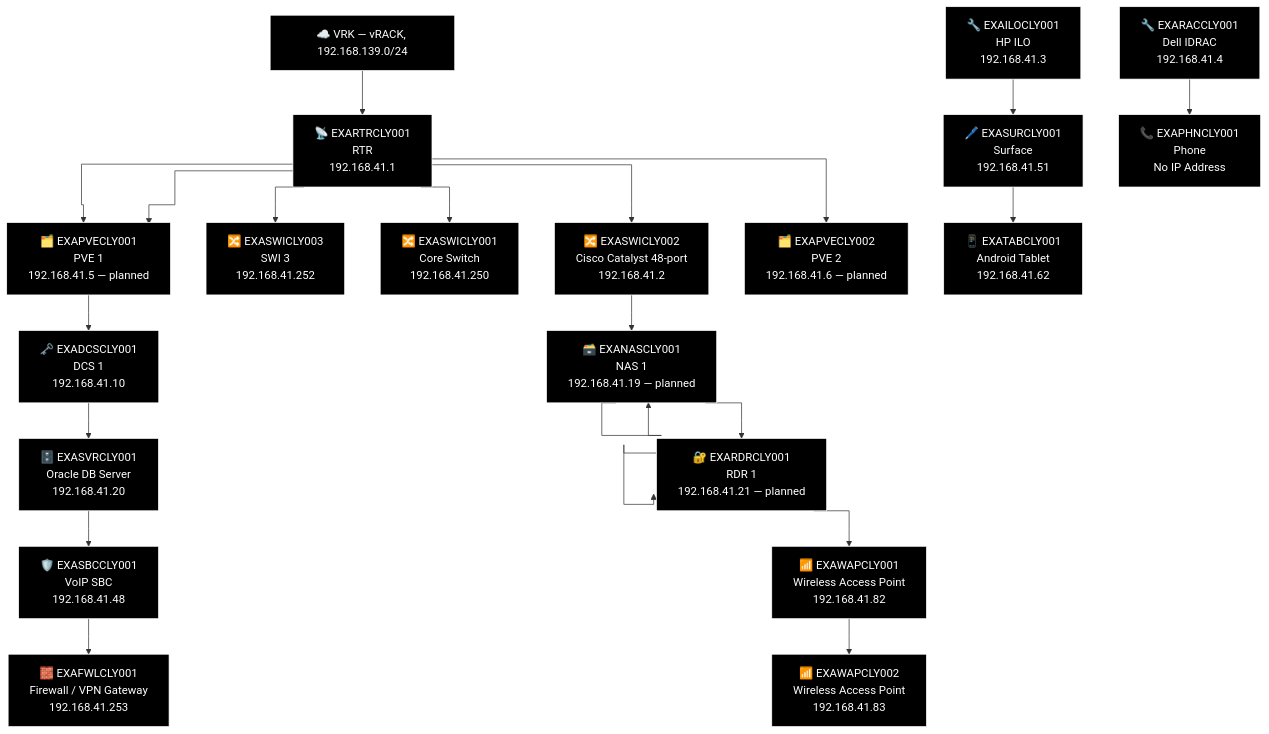
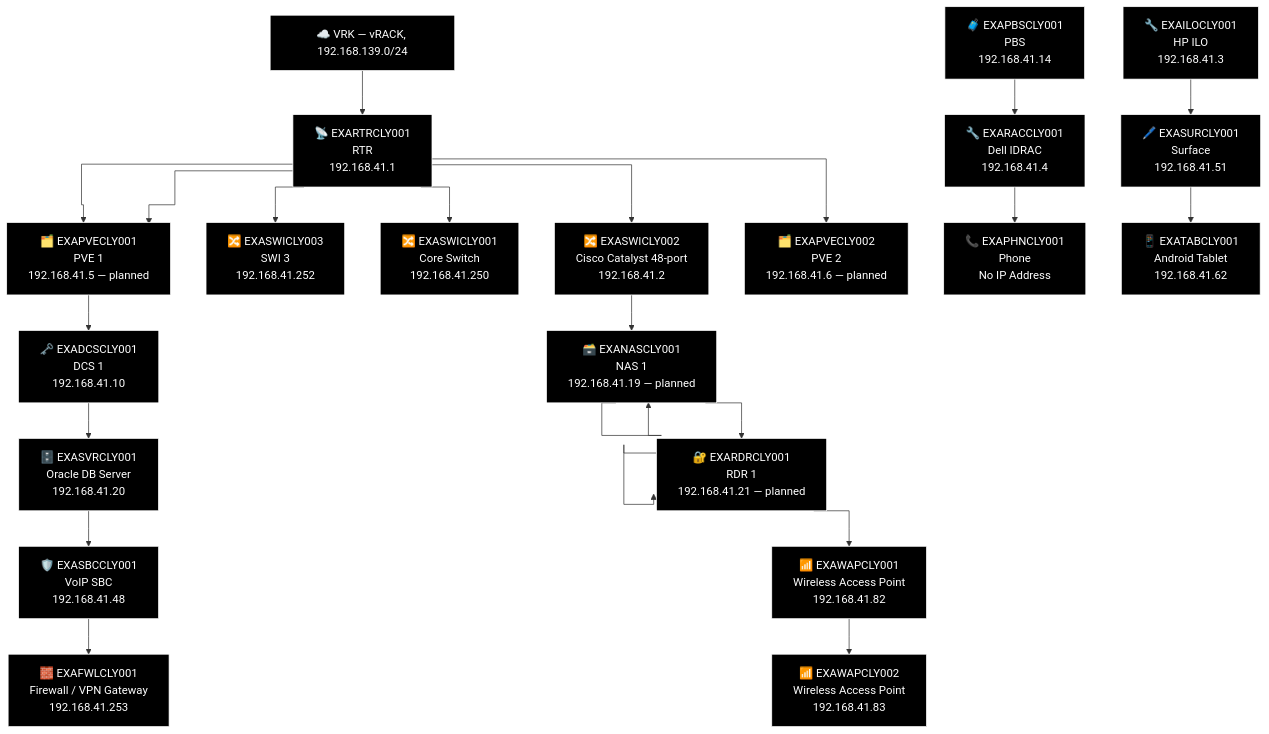
One commit to knightmare2600/example_music_infra changed diagram 12 of 21 in docs/network-diagram/scotland.md. Above: the diagram before and after it, drawn with Mermaid. The commit also changed other lines of this file and 14 other files, not shown here.

First line of the commit message:
docs/network-diagram: regenerate, every site was missing its PBS node

````diff
--- a/docs/network-diagram/scotland.md
+++ b/docs/network-diagram/scotland.md
@@ -765,63 +771,65 @@
 ```mermaid
 %% GENERATED:TOPOLOGY:CLY:START
 %%{init: {'flowchart': {'curve': 'stepAfter'}}}%%
 graph TD
     T_VRK["☁️ VRK — vRACK, 192.168.139.0/24"]
     T_RTR["📡 EXARTRCLY001<br/>RTR<br/>192.168.41.1"]
     T_VRK --> T_RTR
     T_PVE["🗂️ EXAPVECLY001<br/>PVE 1<br/>192.168.41.5"]
     T_RTR --> T_PVE
     T_SWI["🔀 EXASWICLY003<br/>SWI 3<br/>192.168.41.252"]
     T_RTR --> T_SWI
     T_SWI2["🔀 EXASWICLY001<br/>Core Switch<br/>192.168.41.250"]
     T_RTR --> T_SWI2
     T_SWI3["🔀 EXASWICLY002<br/>Cisco Catalyst 48-port<br/>192.168.41.2"]
     T_RTR --> T_SWI3
     T_PVE["🗂️ EXAPVECLY001<br/>PVE 1<br/>192.168.41.5 — planned"]
     T_RTR --> T_PVE
     T_PVE2["🗂️ EXAPVECLY002<br/>PVE 2<br/>192.168.41.6 — planned"]
     T_RTR --> T_PVE2
     T_NAS["🗃️ EXANASCLY001<br/>NAS<br/>192.168.41.19"]
     T_NAS["🗃️ EXANASCLY001<br/>NAS 1<br/>192.168.41.19 — planned"]
     T_RDR["🔐 EXARDRCLY001<br/>RDR<br/>192.168.41.21"]
     T_RDR["🔐 EXARDRCLY001<br/>RDR 1<br/>192.168.41.21 — planned"]
     T_WAP["📶 EXAWAPCLY001<br/>Wireless Access Point<br/>192.168.41.82"]
     T_WAP2["📶 EXAWAPCLY002<br/>Wireless Access Point<br/>192.168.41.83"]
     T_SWI3 --> T_NAS --> T_NAS --> T_RDR --> T_RDR --> T_WAP --> T_WAP2
     T_DCS["🗝️ EXADCSCLY001<br/>DCS 1<br/>192.168.41.10"]
     T_SVR["🗄️ EXASVRCLY001<br/>Oracle DB Server<br/>192.168.41.20"]
     T_SBC["🛡️ EXASBCCLY001<br/>VoIP SBC<br/>192.168.41.48"]
     T_FWL["🧱 EXAFWLCLY001<br/>Firewall / VPN Gateway<br/>192.168.41.253"]
     T_PVE --> T_DCS --> T_SVR --> T_SBC --> T_FWL
+    T_PBS["🧳 EXAPBSCLY001<br/>PBS<br/>192.168.41.14"]
     T_ILO["🔧 EXAILOCLY001<br/>HP ILO<br/>192.168.41.3"]
     T_RAC["🔧 EXARACCLY001<br/>Dell IDRAC<br/>192.168.41.4"]
     T_SUR["🖊️ EXASURCLY001<br/>Surface<br/>192.168.41.51"]
     T_PHN["📞 EXAPHNCLY001<br/>Phone<br/>No IP Address"]
     T_TAB["📱 EXATABCLY001<br/>Android Tablet<br/>192.168.41.62"]
+    T_PBS --> T_RAC --> T_PHN
     T_ILO --> T_SUR --> T_TAB
-    T_RAC --> T_PHN
     style T_VRK fill:#000000,stroke:#FFFFFF,color:#FFFFFF
     style T_RTR fill:#000000,stroke:#FFFFFF,color:#FFFFFF
     style T_PVE fill:#000000,stroke:#FFFFFF,color:#FFFFFF
     style T_SWI fill:#000000,stroke:#FFFFFF,color:#FFFFFF
     style T_SWI2 fill:#000000,stroke:#FFFFFF,color:#FFFFFF
     style T_SWI3 fill:#000000,stroke:#FFFFFF,color:#FFFFFF
     style T_PVE fill:#000000,stroke:#FFFFFF,color:#FFFFFF
     style T_PVE2 fill:#000000,stroke:#FFFFFF,color:#FFFFFF
     style T_NAS fill:#000000,stroke:#FFFFFF,color:#FFFFFF
     style T_NAS fill:#000000,stroke:#FFFFFF,color:#FFFFFF
     style T_RDR fill:#000000,stroke:#FFFFFF,color:#FFFFFF
     style T_RDR fill:#000000,stroke:#FFFFFF,color:#FFFFFF
     style T_WAP fill:#000000,stroke:#FFFFFF,color:#FFFFFF
     style T_WAP2 fill:#000000,stroke:#FFFFFF,color:#FFFFFF
     style T_DCS fill:#000000,stroke:#FFFFFF,color:#FFFFFF
     style T_SVR fill:#000000,stroke:#FFFFFF,color:#FFFFFF
     style T_SBC fill:#000000,stroke:#FFFFFF,color:#FFFFFF
     style T_FWL fill:#000000,stroke:#FFFFFF,color:#FFFFFF
+    style T_PBS fill:#000000,stroke:#FFFFFF,color:#FFFFFF
     style T_ILO fill:#000000,stroke:#FFFFFF,color:#FFFFFF
     style T_RAC fill:#000000,stroke:#FFFFFF,color:#FFFFFF
     style T_SUR fill:#000000,stroke:#FFFFFF,color:#FFFFFF
     style T_PHN fill:#000000,stroke:#FFFFFF,color:#FFFFFF
     style T_TAB fill:#000000,stroke:#FFFFFF,color:#FFFFFF
 %% GENERATED:TOPOLOGY:CLY:END
 ```
````
